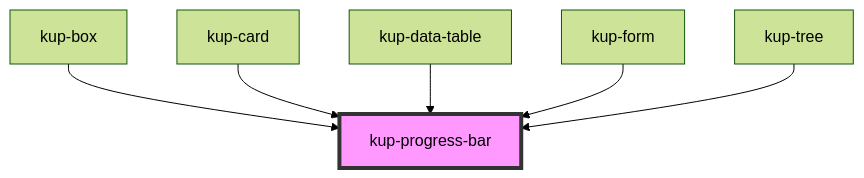
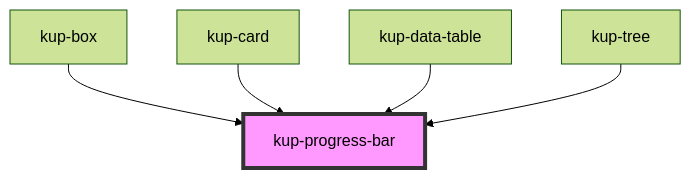
One commit to smeup/ketchup changed the diagram in packages/ketchup/src/components/kup-progress-bar/readme.md. Above: the diagram before and after it, drawn with Mermaid (forest theme). The commit also changed other lines of this file and 40 other files, not shown here.

Commit message:
kup-crud, kup-form, kup-modal, kup-search: removed from library.

````diff
--- a/packages/ketchup/src/components/kup-progress-bar/readme.md
+++ b/packages/ketchup/src/components/kup-progress-bar/readme.md
@@ -79,9 +78,8 @@
 ```mermaid
 graph TD;
   kup-box --> kup-progress-bar
   kup-card --> kup-progress-bar
   kup-data-table --> kup-progress-bar
-  kup-form --> kup-progress-bar
   kup-tree --> kup-progress-bar
   style kup-progress-bar fill:#f9f,stroke:#333,stroke-width:4px
 ```
````
